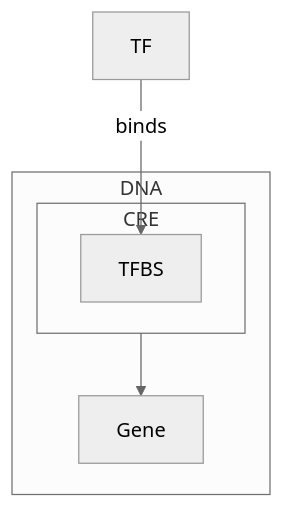
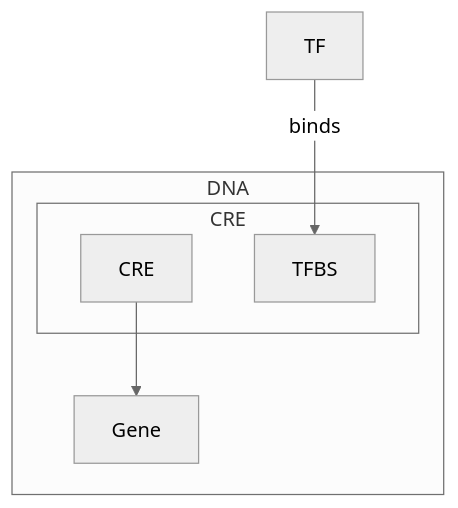
Before and after one commit to Yongsik-Lee/marl: the diagram in _posts/2025-04-28-20205266.md, drawn with Mermaid (neutral theme).

```diff
--- a/_posts/2025-04-28-20205266.md
+++ b/_posts/2025-04-28-20205266.md
@@ -79,15 +79,16 @@
 {% mermaid %}
 graph TD
 
     TF["TF"]
 
     subgraph DNA
         Gene["Gene"]
         subgraph CRE
+            CRE_NODE["CRE"]
             TFBS["TFBS"]
         end
     end
-    
+
     TF -- binds --> TFBS
-    CRE --> Gene
+    CRE_NODE --> Gene
 {% endmermaid %}
```
